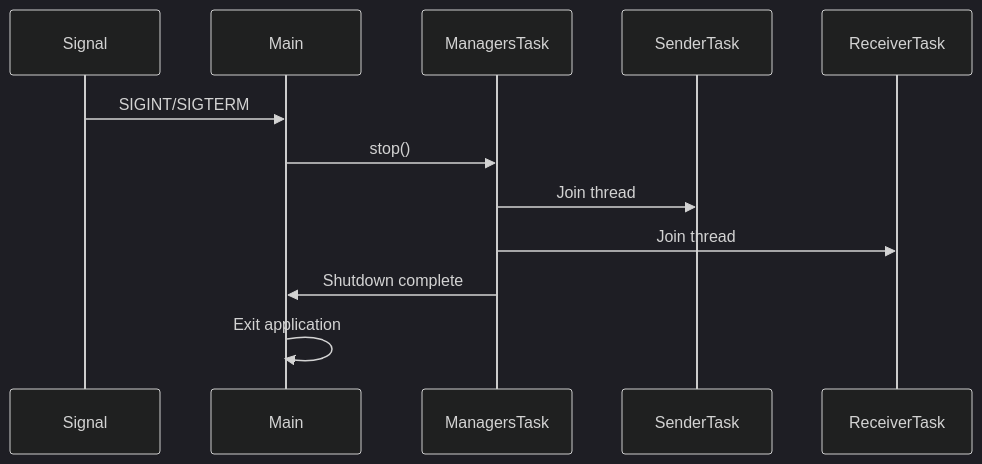
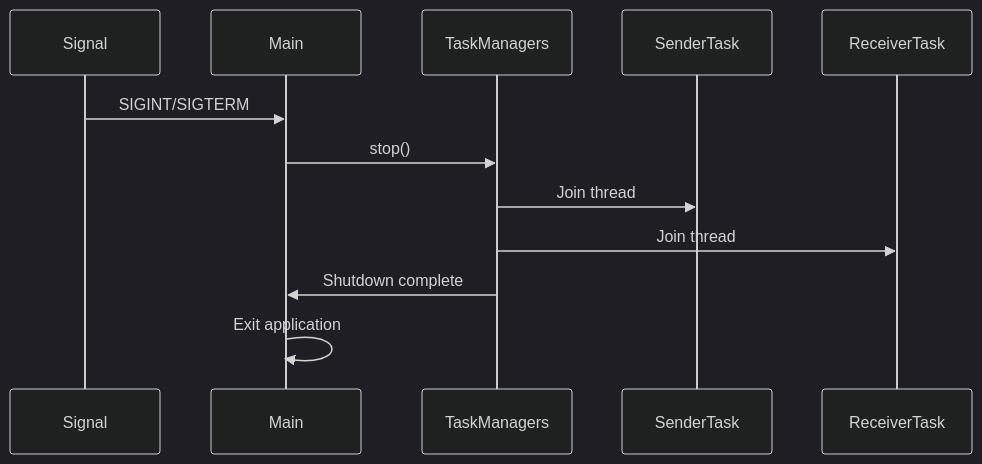
Before and after one commit to VietQuangUTC2/iCamera: the third of 3 diagrams in docs/ARCHITECTURE.md, drawn with Mermaid (dark theme). The commit also changed other lines of this file and 17 other files, not shown here.

````diff
--- a/docs/ARCHITECTURE.md
+++ b/docs/ARCHITECTURE.md
@@ -156,15 +156,15 @@
 ```mermaid
 sequenceDiagram
     participant Signal
     participant Main
-    participant ManagersTask
+    participant TaskManagers
     participant SenderTask
     participant ReceiverTask
 
     Signal->>Main: SIGINT/SIGTERM
-    Main->>ManagersTask: stop()
-    ManagersTask->>SenderTask: Join thread
-    ManagersTask->>ReceiverTask: Join thread
-    ManagersTask->>Main: Shutdown complete
+    Main->>TaskManagers: stop()
+    TaskManagers->>SenderTask: Join thread
+    TaskManagers->>ReceiverTask: Join thread
+    TaskManagers->>Main: Shutdown complete
     Main->>Main: Exit application
 ```
````
